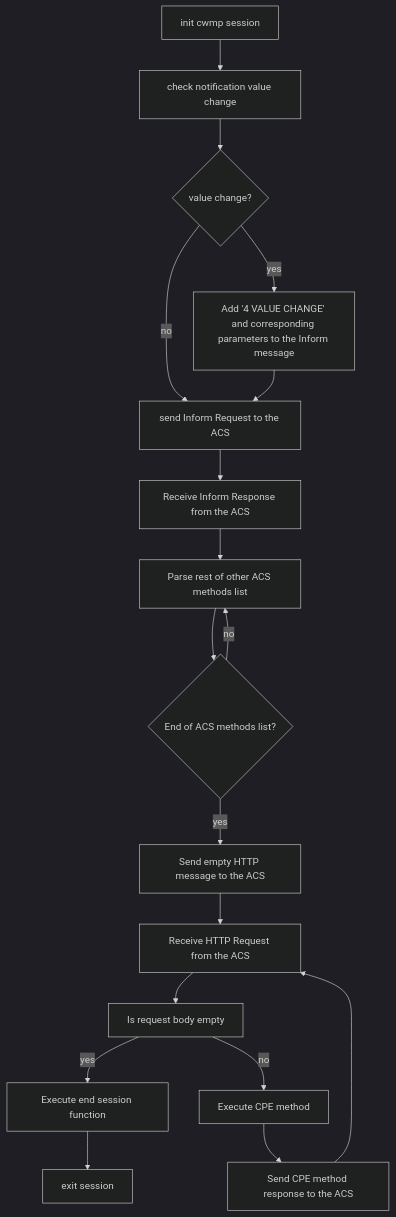
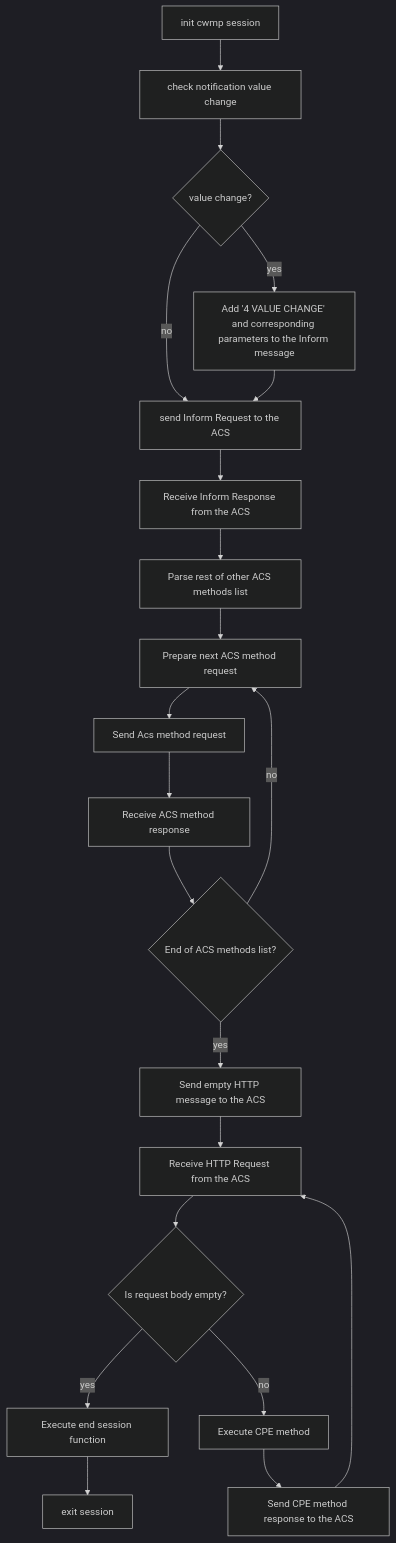
One commit to gebruno/icwmp changed the first of 5 diagrams in docs/design/session.md. Above: the diagram before and after it, drawn with Mermaid (dark theme). The commit also changed 8 other files, not shown here.

````diff
--- a/docs/design/session.md
+++ b/docs/design/session.md
@@ -5,20 +5,23 @@
  ```mermaid
 flowchart TD
 	A[init cwmp session] --> B[check notification value change]
 	B --> C{value change?}
     C -- no --> D[send Inform Request to the ACS]
     C -- yes --> E[Add '4 VALUE CHANGE' and corresponding parameters to the Inform message]
     E --> D
     D --> F[Receive Inform Response from the ACS]
     F --> G[Parse rest of other ACS methods list]
-    G --> H{End of ACS methods list?}
-    H -- no --> G
-    H -- yes --> I[Send empty HTTP message to the ACS]
-    I --> J[Receive HTTP Request from the ACS]
-    J --> K[Is request body empty]
-    K -- yes --> N[Execute end session function]
-    N --> O[exit session]
-    K -- no --> L[Execute CPE method]
-    L --> M[Send CPE method response to the ACS]
-    M --> J
+    G --> H[Prepare next ACS method request]
+    H --> I[Send Acs method request]
+    I --> J[Receive ACS method response]
+    J --> K{End of ACS methods list?}
+    K -- no --> H
+    K -- yes --> L[Send empty HTTP message to the ACS]
+    L --> M[Receive HTTP Request from the ACS]
+    M --> N{Is request body empty?}
+    N -- yes --> O[Execute end session function]
+    O --> P[exit session]
+    N -- no --> Q[Execute CPE method]
+    Q --> R[Send CPE method response to the ACS]
+    R --> M
 ```
````
